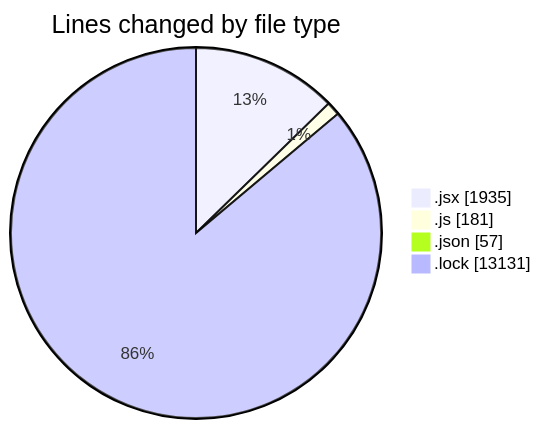
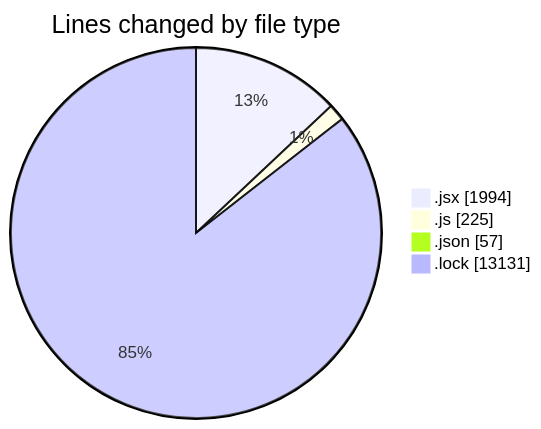
One commit to momahboobian/code-tracking changed the first of 2 diagrams in 2026-02-10/cda/README.md. Above: the diagram before and after it, drawn with Mermaid. The commit also changed other lines of this file and 1 other file, not shown here.

````diff
--- a/2026-02-10/cda/README.md
+++ b/2026-02-10/cda/README.md
@@ -34,8 +36,8 @@
 ```mermaid
 pie showData
 title Lines changed by file type
-".jsx" : 1935
-".js" : 181
+".jsx" : 1994
+".js" : 225
 ".json" : 57
 ".lock" : 13131
 ```
````
